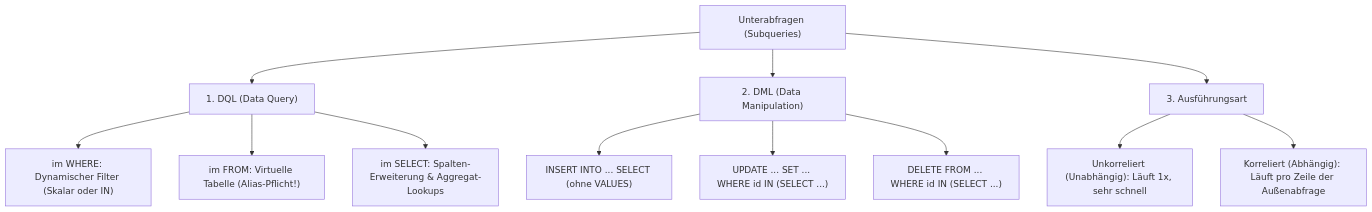
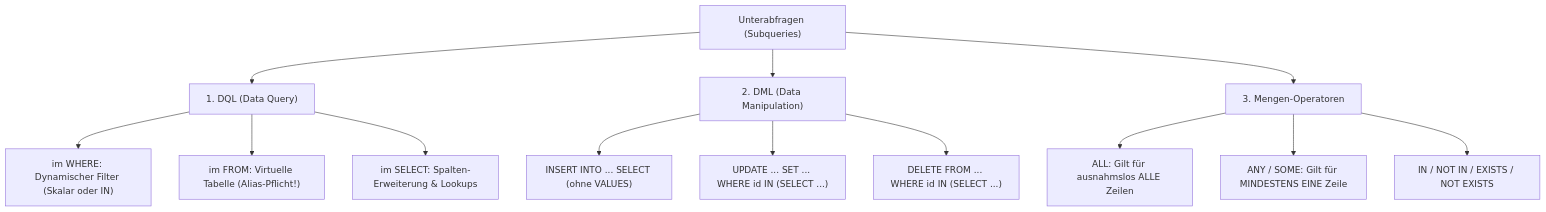
The first of 3 diagrams in Day_14/readme.md (T-Boyke/SQL-Fundamentals), drawn with Mermaid before and after one commit. The commit also changed other lines of this file and 1 other file, not shown here.

Commit message:
docs(day14): add comprehensive guide and examples for ALL, ANY and EXISTS operators

````diff
--- a/Day_14/readme.md
+++ b/Day_14/readme.md
@@ -27,17 +28,18 @@
 ```mermaid
 flowchart TD
     A["Unterabfragen (Subqueries)"] --> B["1. DQL (Data Query)"]
     A --> C["2. DML (Data Manipulation)"]
-    A --> D["3. Ausführungsart"]
+    A --> D["3. Mengen-Operatoren"]
     
     B --> B1["im WHERE: Dynamischer Filter (Skalar oder IN)"]
     B --> B2["im FROM: Virtuelle Tabelle (Alias-Pflicht!)"]
-    B --> B3["im SELECT: Spalten-Erweiterung & Aggregat-Lookups"]
+    B --> B3["im SELECT: Spalten-Erweiterung & Lookups"]
     
     C --> C1["INSERT INTO ... SELECT (ohne VALUES)"]
     C --> C2["UPDATE ... SET ... WHERE id IN (SELECT ...)"]
     C --> C3["DELETE FROM ... WHERE id IN (SELECT ...)"]
     
-    D --> D1["Unkorreliert (Unabhängig): Läuft 1x, sehr schnell"]
-    D --> D2["Korreliert (Abhängig): Läuft pro Zeile der Außenabfrage"]
+    D --> D1["ALL: Gilt für ausnahmslos ALLE Zeilen"]
+    D --> D2["ANY / SOME: Gilt für MINDESTENS EINE Zeile"]
+    D --> D3["IN / NOT IN / EXISTS / NOT EXISTS"]
 ```
````
